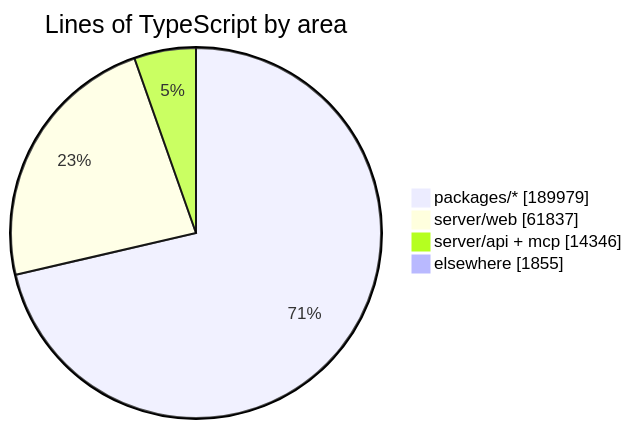
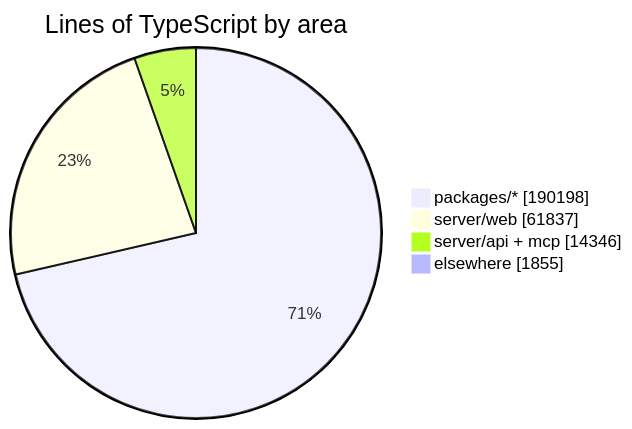
Before and after one commit to crossworks-engineering/mantle: the diagram in README.md, drawn with Mermaid. The commit also changed other lines of this file and 2 other files, not shown here.

````diff
--- a/README.md
+++ b/README.md
@@ -279,7 +279,7 @@
 ```mermaid
 pie showData title Lines of TypeScript by area
-    "packages/*" : 189979
+    "packages/*" : 190198
     "server/web" : 61837
     "server/api + mcp" : 14346
     "elsewhere" : 1855
 ```
````
